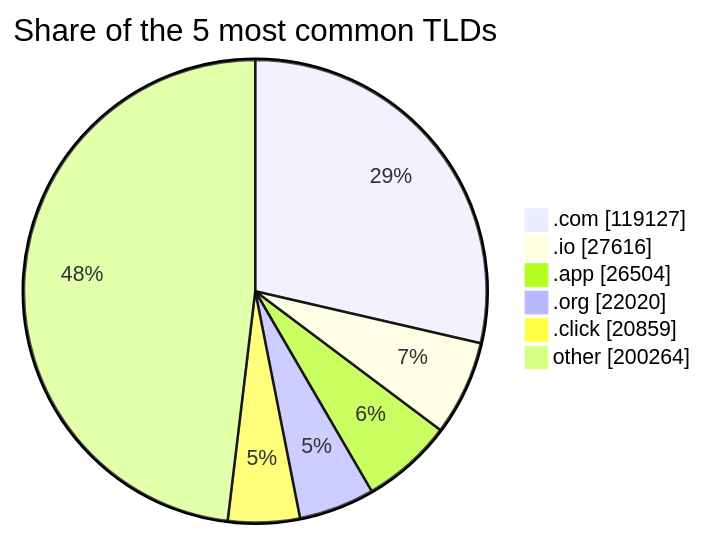
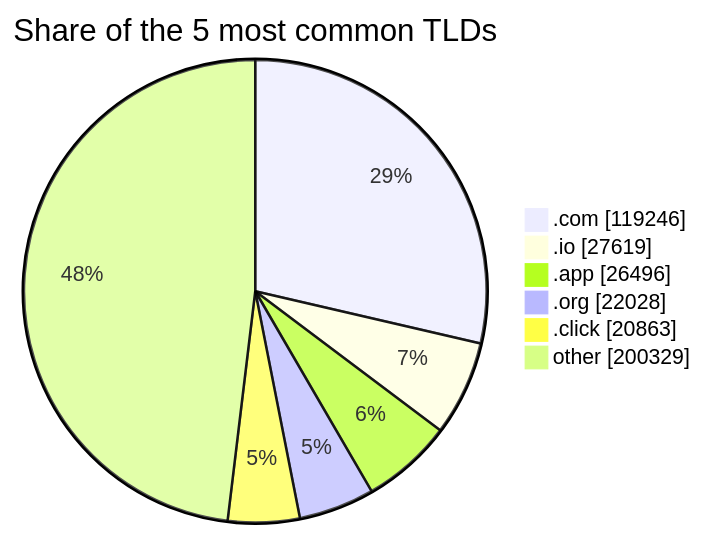
The third of 3 diagrams in README.md (DNSBunker/CTI), drawn with Mermaid before and after one commit. The commit also changed other lines of this file and 3 other files, not shown here.

````diff
--- a/README.md
+++ b/README.md
@@ -81,9 +81,9 @@
 ```mermaid
 pie showData title Share of the 5 most common TLDs
-    ".com" : 119127
-    ".io" : 27616
-    ".app" : 26504
-    ".org" : 22020
-    ".click" : 20859
-    "other" : 200264
+    ".com" : 119246
+    ".io" : 27619
+    ".app" : 26496
+    ".org" : 22028
+    ".click" : 20863
+    "other" : 200329
 ```
````
